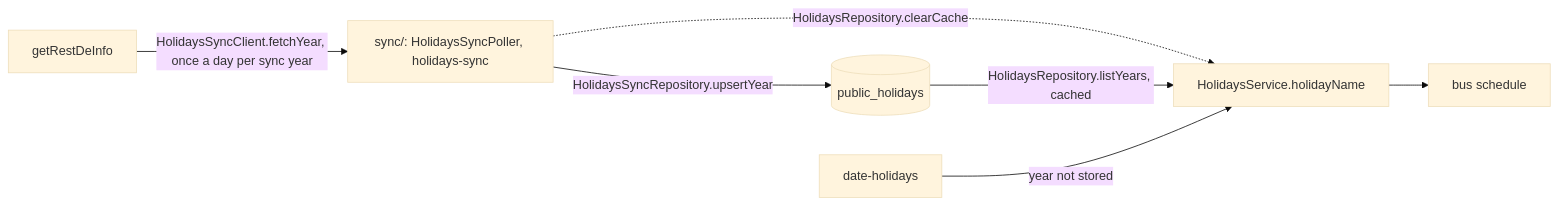
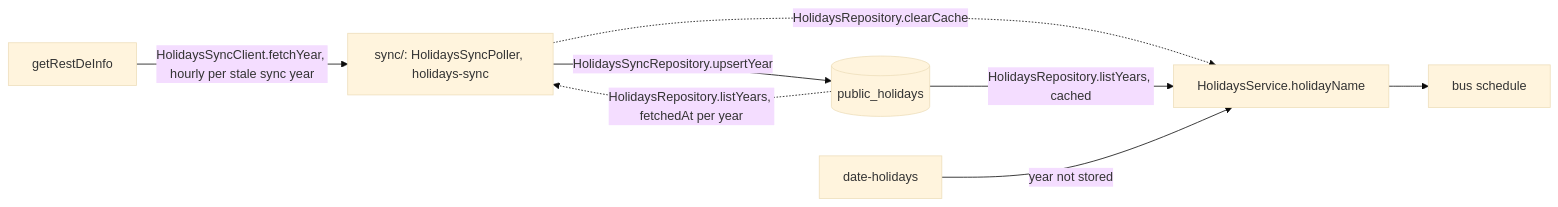
Before and after one commit to skkuverse/skkuverse-server: the diagram in docs/explanation/holidays-architecture.md, drawn with Mermaid (base theme). The commit also changed other lines of this file and 6 other files, not shown here.

Commit message:
fix(holidays): sync hourly and fetch only stale years, so a failure retries

````diff
--- a/docs/explanation/holidays-architecture.md
+++ b/docs/explanation/holidays-architecture.md
@@ -36,9 +36,10 @@
 ```mermaid
 flowchart LR
-  kasi["getRestDeInfo"] -->|HolidaysSyncClient.fetchYear, once a day per sync year| poller["sync/: HolidaysSyncPoller, holidays-sync"]
+  kasi["getRestDeInfo"] -->|HolidaysSyncClient.fetchYear, hourly per stale sync year| poller["sync/: HolidaysSyncPoller, holidays-sync"]
   poller -->|HolidaysSyncRepository.upsertYear| coll[("public_holidays")]
   poller -.->|HolidaysRepository.clearCache| svc
   coll -->|HolidaysRepository.listYears, cached| svc["HolidaysService.holidayName"]
+  coll -.->|HolidaysRepository.listYears, fetchedAt per year| poller
   rules["date-holidays"] -->|year not stored| svc
   svc --> bus["bus schedule"]
 ```
````
